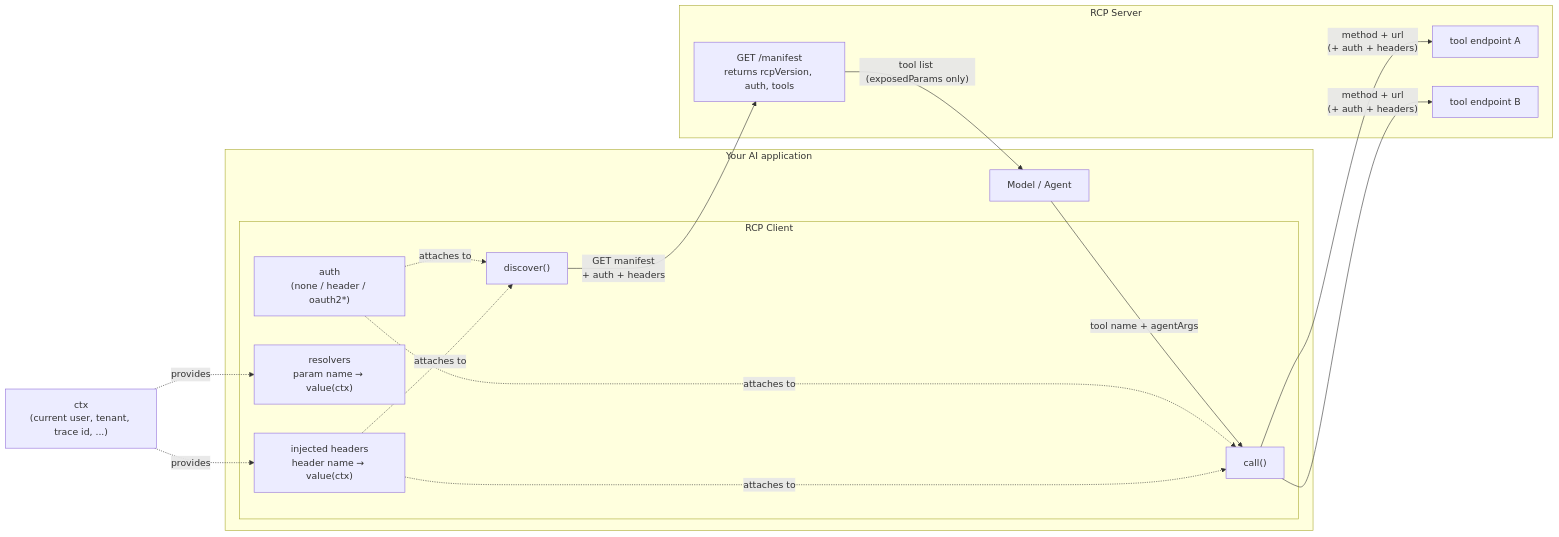
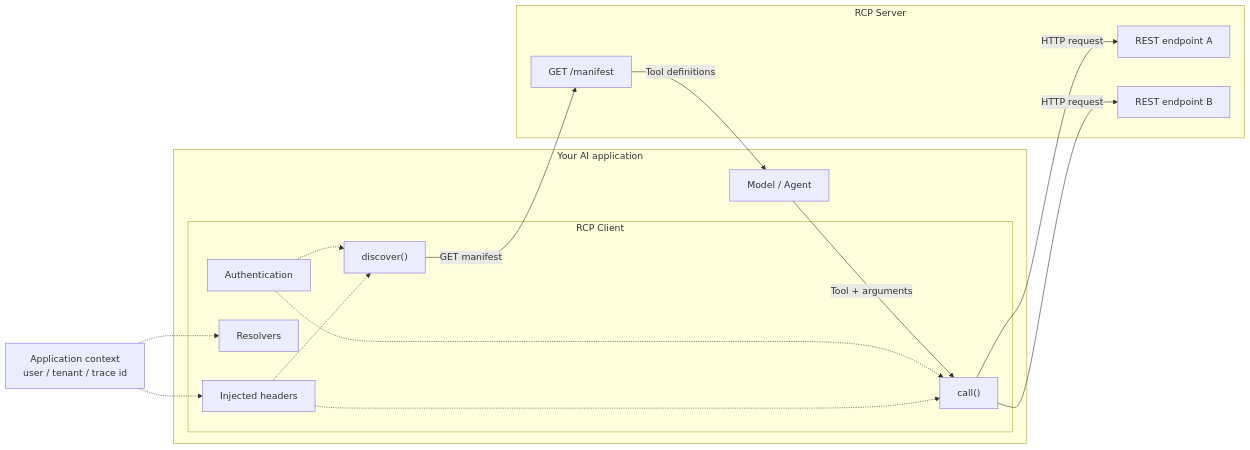
One commit to hasanraiyan/rcp changed the first of 2 diagrams in README.md. Above: the diagram before and after it, drawn with Mermaid. The commit also changed other lines of this file and 108 other files, not shown here.

````diff
--- a/README.md
+++ b/README.md
@@ -27,32 +173,50 @@
 ```mermaid
 flowchart LR
+
     subgraph App["Your AI application"]
+
         Model["Model / Agent"]
+
         subgraph RC["RCP Client"]
+
             Discover["discover()"]
+
             Call["call()"]
-            Auth["auth\n(none / header / oauth2*)"]
-            Resolvers["resolvers\nparam name → value(ctx)"]
-            Headers["injected headers\nheader name → value(ctx)"]
+
+            Auth["Authentication"]
+
+            Resolvers["Resolvers"]
+
+            Headers["Injected headers"]
         end
     end
 
-    Ctx["ctx\n(current user, tenant, trace id, ...)"] -. provides .-> Resolvers
-    Ctx -. provides .-> Headers
+    Ctx["Application context\nuser / tenant / trace id"]
 
-    subgraph Srv["RCP Server"]
-        Manifest["GET /manifest\nreturns rcpVersion, auth, tools"]
-        Endpoint1["tool endpoint A"]
-        Endpoint2["tool endpoint B"]
+    Ctx -.-> Resolvers
+    Ctx -.-> Headers
+
+    subgraph Server["RCP Server"]
+
+        Manifest["GET /manifest"]
+
+        EndpointA["REST endpoint A"]
+
+        EndpointB["REST endpoint B"]
     end
 
-    Discover -- "GET manifest\n+ auth + headers" --> Manifest
-    Manifest -- "tool list (exposedParams only)" --> Model
-    Model -- "tool name + agentArgs" --> Call
-    Auth -. attaches to .-> Discover
-    Auth -. attaches to .-> Call
-    Headers -. attaches to .-> Discover
-    Headers -. attaches to .-> Call
-    Call -- "method + url\n(+ auth + headers)" --> Endpoint1
-    Call -- "method + url\n(+ auth + headers)" --> Endpoint2
+    Discover -->|"GET manifest"| Manifest
+
+    Manifest -->|"Tool definitions"| Model
+
+    Model -->|"Tool + arguments"| Call
+
+    Auth -.-> Discover
+    Auth -.-> Call
+
+    Headers -.-> Discover
+    Headers -.-> Call
+
+    Call -->|"HTTP request"| EndpointA
+    Call -->|"HTTP request"| EndpointB
 ```
````
